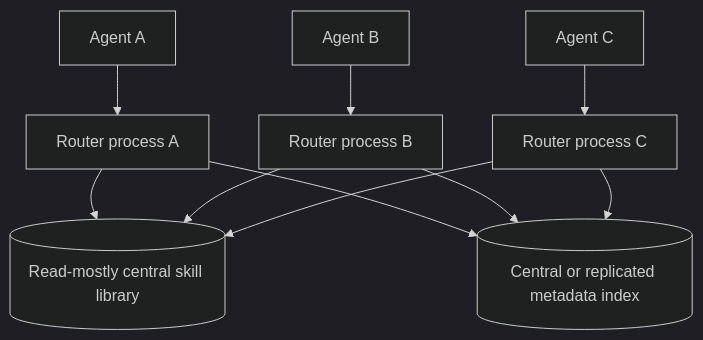
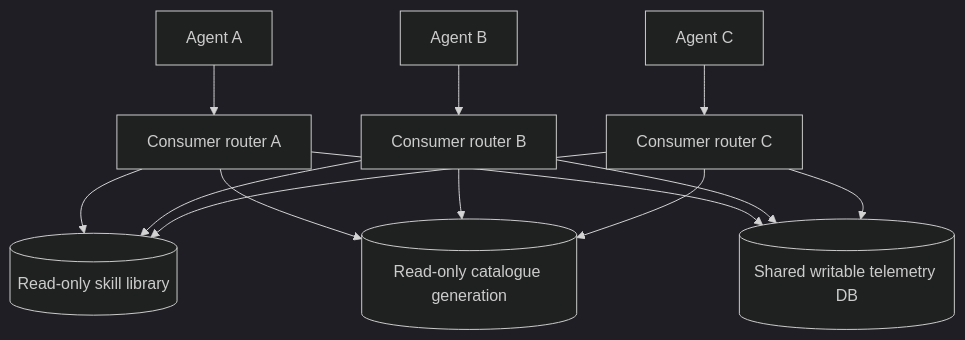
Before and after one commit to moritzketzer/skill-router: the fourth of 6 diagrams in docs/INTEGRATION_PATTERNS.md, drawn with Mermaid (dark theme). The commit also changed other lines of this file and 17 other files, not shown here.

````diff
--- a/docs/INTEGRATION_PATTERNS.md
+++ b/docs/INTEGRATION_PATTERNS.md
@@ -87,17 +88,20 @@
 ```mermaid
 flowchart TB
-    L[(Read-mostly central skill library)]
-    I[(Central or replicated metadata index)]
+    L[(Read-only skill library)]
+    C[(Read-only catalogue generation)]
+    T[(Shared writable telemetry DB)]
 
-    A1[Agent A] --> R1[Router process A]
-    A2[Agent B] --> R2[Router process B]
-    A3[Agent C] --> R3[Router process C]
+    A1[Agent A] --> R1[Consumer router A]
+    A2[Agent B] --> R2[Consumer router B]
+    A3[Agent C] --> R3[Consumer router C]
 
     R1 --> L
     R2 --> L
     R3 --> L
-
-    R1 --> I
-    R2 --> I
-    R3 --> I
+    R1 --> C
+    R2 --> C
+    R3 --> C
+    R1 --> T
+    R2 --> T
+    R3 --> T
 ```
````
